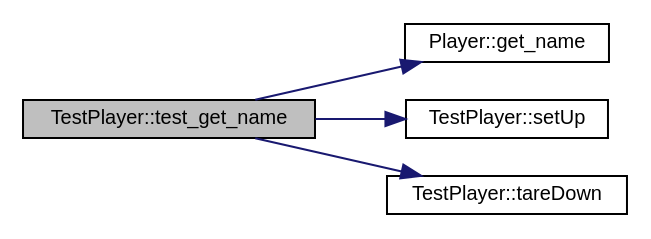
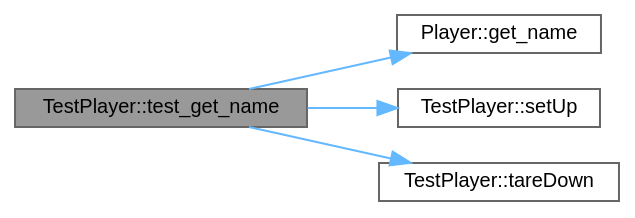
The diagram in class_test_player_aa4692c5142245d3ae5cb13021f1a7b34_cgraph.dot (jesstyrrell/cosc345), drawn with Graphviz before and after one commit. The commit also changed 332 other files, not shown here.

```diff
--- a/class_test_player_aa4692c5142245d3ae5cb13021f1a7b34_cgraph.dot
+++ b/class_test_player_aa4692c5142245d3ae5cb13021f1a7b34_cgraph.dot
@@ -1,15 +1,16 @@
 digraph "TestPlayer::test_get_name"
 {
  // INTERACTIVE_SVG=YES
  // LATEX_PDF_SIZE
-  edge [fontname="Helvetica",fontsize="10",labelfontname="Helvetica",labelfontsize="10"];
-  node [fontname="Helvetica",fontsize="10",shape=record];
+  bgcolor="transparent";
+  edge [fontname=Helvetica,fontsize=10,labelfontname=Helvetica,labelfontsize=10];
+  node [fontname=Helvetica,fontsize=10,shape=box,height=0.2,width=0.4];
   rankdir="LR";
-  Node1 [label="TestPlayer::test_get_name",height=0.2,width=0.4,color="black", fillcolor="grey75", style="filled", fontcolor="black",tooltip=" "];
-  Node1 -> Node2 [color="midnightblue",fontsize="10",style="solid",fontname="Helvetica"];
-  Node2 [label="Player::get_name",height=0.2,width=0.4,color="black", fillcolor="white", style="filled",URL="$class_player.html#afca8141f38b60b526fd2f874523a2726",tooltip="Gets the name of the player."];
-  Node1 -> Node3 [color="midnightblue",fontsize="10",style="solid",fontname="Helvetica"];
-  Node3 [label="TestPlayer::setUp",height=0.2,width=0.4,color="black", fillcolor="white", style="filled",URL="$class_test_player.html#a5c34eef1f1f4e47d9b45e3ebe7e18eb3",tooltip=" "];
-  Node1 -> Node4 [color="midnightblue",fontsize="10",style="solid",fontname="Helvetica"];
-  Node4 [label="TestPlayer::tareDown",height=0.2,width=0.4,color="black", fillcolor="white", style="filled",URL="$class_test_player.html#aff9534ecbcfa4a591a51452f7b2c89e3",tooltip=" "];
+  Node1 [id="Node000001",label="TestPlayer::test_get_name",height=0.2,width=0.4,color="gray40", fillcolor="grey60", style="filled", fontcolor="black",tooltip=" "];
+  Node1 -> Node2 [id="edge1_Node000001_Node000002",color="steelblue1",style="solid",tooltip=" "];
+  Node2 [id="Node000002",label="Player::get_name",height=0.2,width=0.4,color="grey40", fillcolor="white", style="filled",URL="$class_player.html#afca8141f38b60b526fd2f874523a2726",tooltip="Gets the name of the player."];
+  Node1 -> Node3 [id="edge2_Node000001_Node000003",color="steelblue1",style="solid",tooltip=" "];
+  Node3 [id="Node000003",label="TestPlayer::setUp",height=0.2,width=0.4,color="grey40", fillcolor="white", style="filled",URL="$class_test_player.html#a5c34eef1f1f4e47d9b45e3ebe7e18eb3",tooltip=" "];
+  Node1 -> Node4 [id="edge3_Node000001_Node000004",color="steelblue1",style="solid",tooltip=" "];
+  Node4 [id="Node000004",label="TestPlayer::tareDown",height=0.2,width=0.4,color="grey40", fillcolor="white", style="filled",URL="$class_test_player.html#aff9534ecbcfa4a591a51452f7b2c89e3",tooltip=" "];
 }
```
